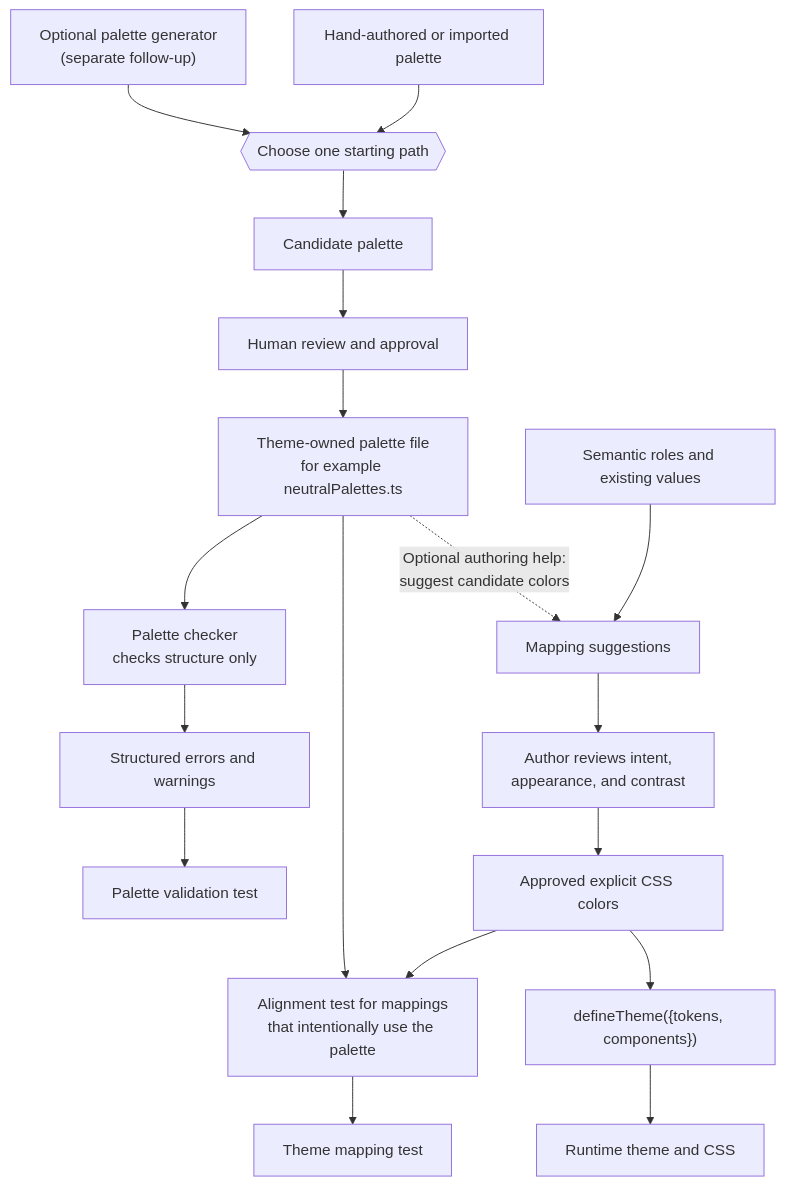
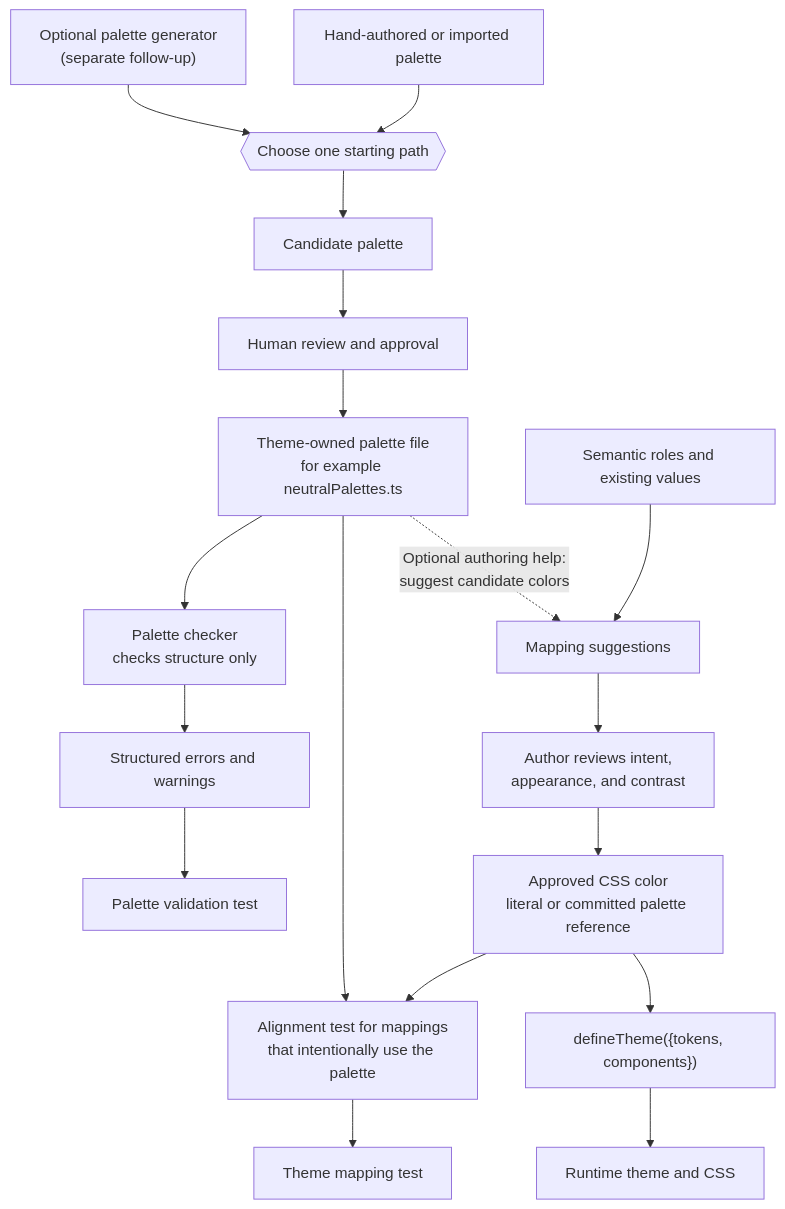
Before and after one commit to ManoharPaturi/astryx: the diagram in docs/specs/AST-018/spec.md, drawn with Mermaid. The commit also changed other lines of this file, not shown here.

Commit message:
docs(theme): allow explicit committed palette references

````diff
--- a/docs/specs/AST-018/spec.md
+++ b/docs/specs/AST-018/spec.md
@@ -53,31 +55,31 @@
 ```mermaid
 flowchart TD
   Generator["Optional palette generator<br/>(separate follow-up)"]
   Manual["Hand-authored or imported palette"]
   Choice{{"Choose one starting path"}}
   Candidate["Candidate palette"]
   Review["Human review and approval"]
   Palette["Theme-owned palette file<br/>for example neutralPalettes.ts"]
 
   Generator --> Choice
   Manual --> Choice
   Choice --> Candidate
   Candidate --> Review
   Review --> Palette
 
   Palette --> Validate["Palette checker<br/>checks structure only"]
   Validate --> Validation["Structured errors and warnings"]
   Validation --> PaletteCI["Palette validation test"]
 
   Palette -. "Optional authoring help:<br/>suggest candidate colors" .-> Suggestions["Mapping suggestions"]
   Roles["Semantic roles and existing values"] --> Suggestions
   Suggestions --> ColorReview["Author reviews intent,<br/>appearance, and contrast"]
-  ColorReview --> Hex["Approved explicit CSS colors"]
+  ColorReview --> Hex["Approved CSS color<br/>literal or committed palette reference"]
 
   Hex --> Define["defineTheme({tokens, components})"]
   Define --> Runtime["Runtime theme and CSS"]
 
   Palette --> Alignment["Alignment test for mappings<br/>that intentionally use the palette"]
   Hex --> Alignment
   Alignment --> ThemeCI["Theme mapping test"]
 ```
````
